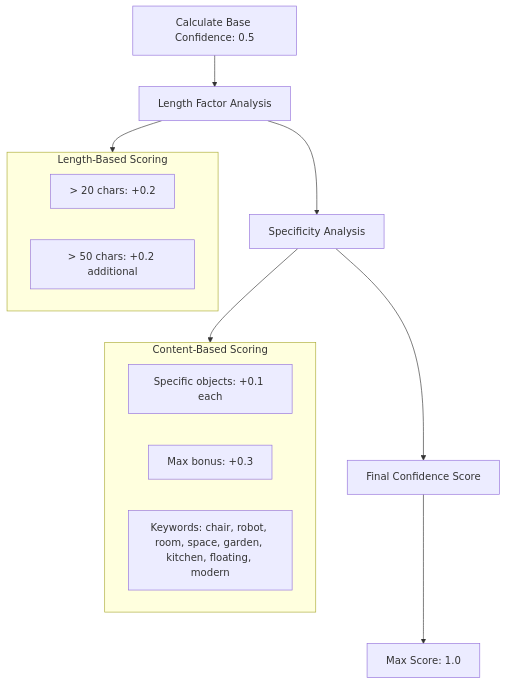
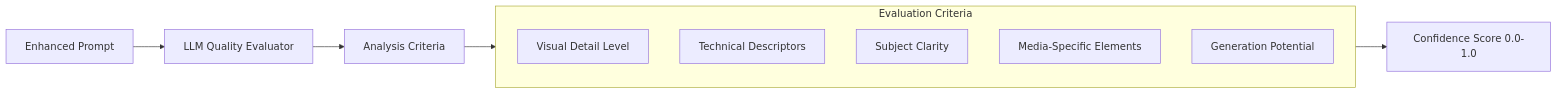
The third of 7 diagrams in docs/prompt-enhancement-analysis.md (ryoshumei/what-if-ver-zenn-hackathon), drawn with Mermaid before and after one commit. The commit also changed other lines of this file and 1 other file, not shown here.

````diff
--- a/docs/prompt-enhancement-analysis.md
+++ b/docs/prompt-enhancement-analysis.md
@@ -191,22 +151,16 @@
 ```mermaid
-flowchart TD
-    A[Calculate Base Confidence: 0.5] --> B[Length Factor Analysis]
-    B --> C[Specificity Analysis]
-    C --> D[Final Confidence Score]
+flowchart LR
+    A[Enhanced Prompt] --> B[LLM Quality Evaluator]
+    B --> C[Analysis Criteria]
 
-    subgraph LengthFactors ["Length-Based Scoring"]
-        B1["> 20 chars: +0.2"]
-        B2["> 50 chars: +0.2 additional"]
+    subgraph Criteria [Evaluation Criteria]
+        C1[Visual Detail Level]
+        C2[Technical Descriptors]
+        C3[Subject Clarity]
+        C4[Media-Specific Elements]
+        C5[Generation Potential]
     end
 
-    subgraph SpecificityFactors ["Content-Based Scoring"]
-        C1["Specific objects: +0.1 each"]
-        C2["Max bonus: +0.3"]
-        C3["Keywords: chair, robot, room, space, garden, kitchen, floating, modern"]
-    end
-
-    B --> LengthFactors
-    C --> SpecificityFactors
-
-    D --> E["Max Score: 1.0"]
+    C --> Criteria
+    Criteria --> D[Confidence Score 0.0-1.0]
 ```
````
